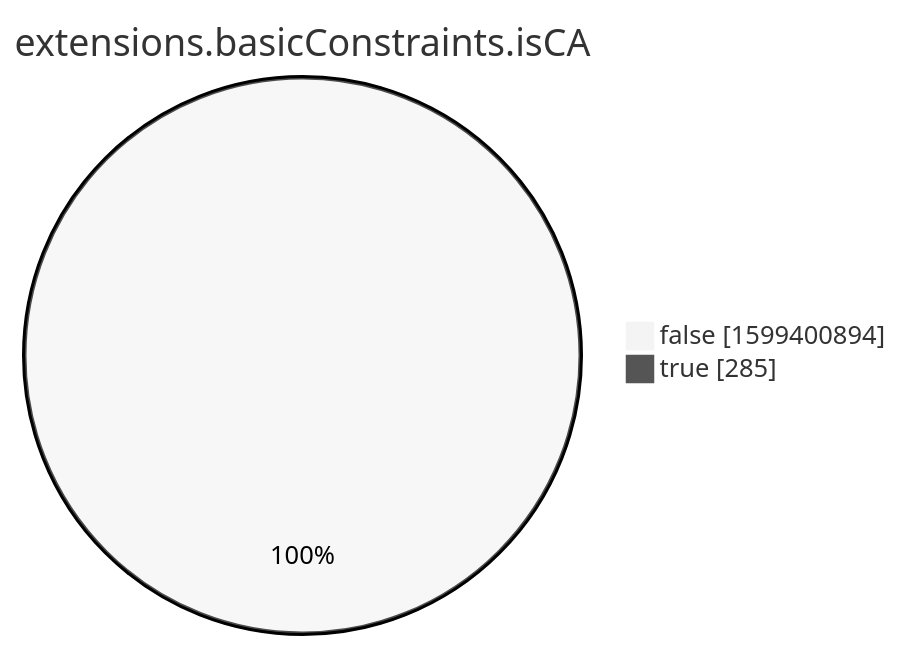
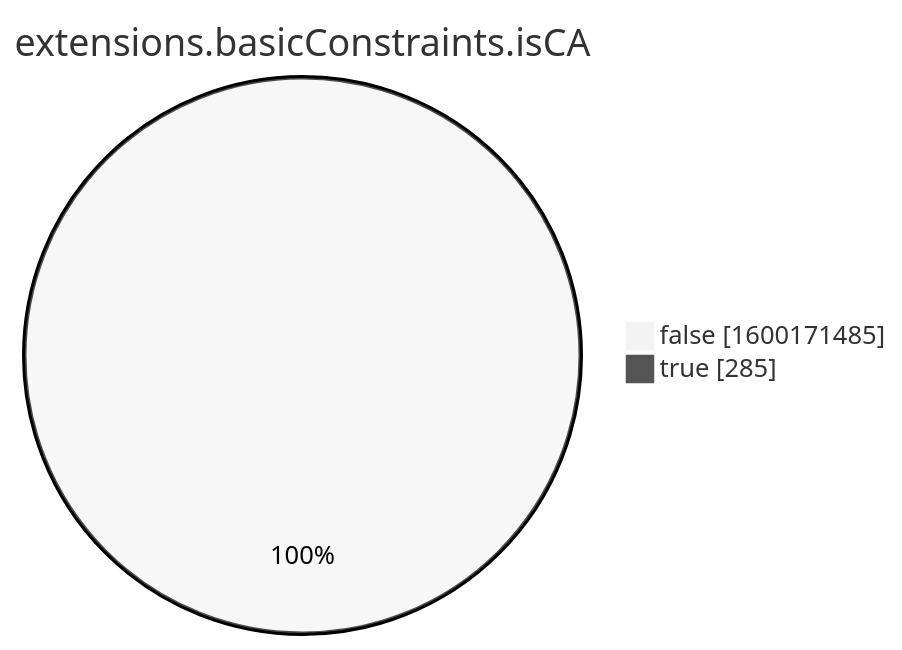
The eighth of 15 diagrams in xenon2022/README.md (christiankrug/ctmonitor_visualization), drawn with Mermaid (neutral theme) before and after one commit. The commit also changed other lines of this file, not shown here.

````diff
--- a/xenon2022/README.md
+++ b/xenon2022/README.md
@@ -2862,6 +2862,6 @@
 ```mermaid
 pie showData
 title extensions.basicConstraints.isCA
-"false" :1599400894
+"false" :1600171485
 "true" :285
 ```
````
